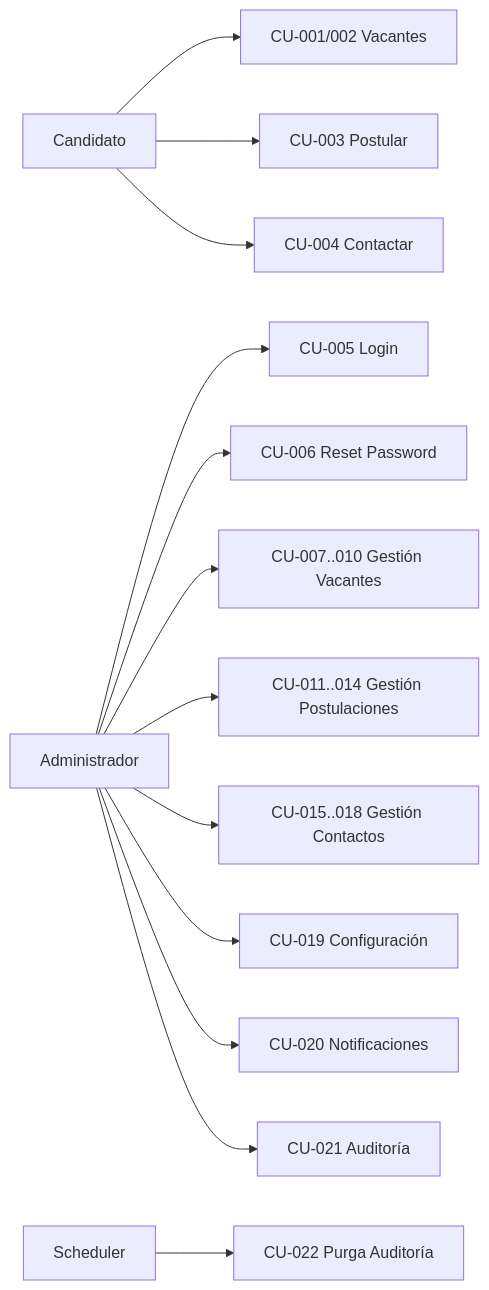
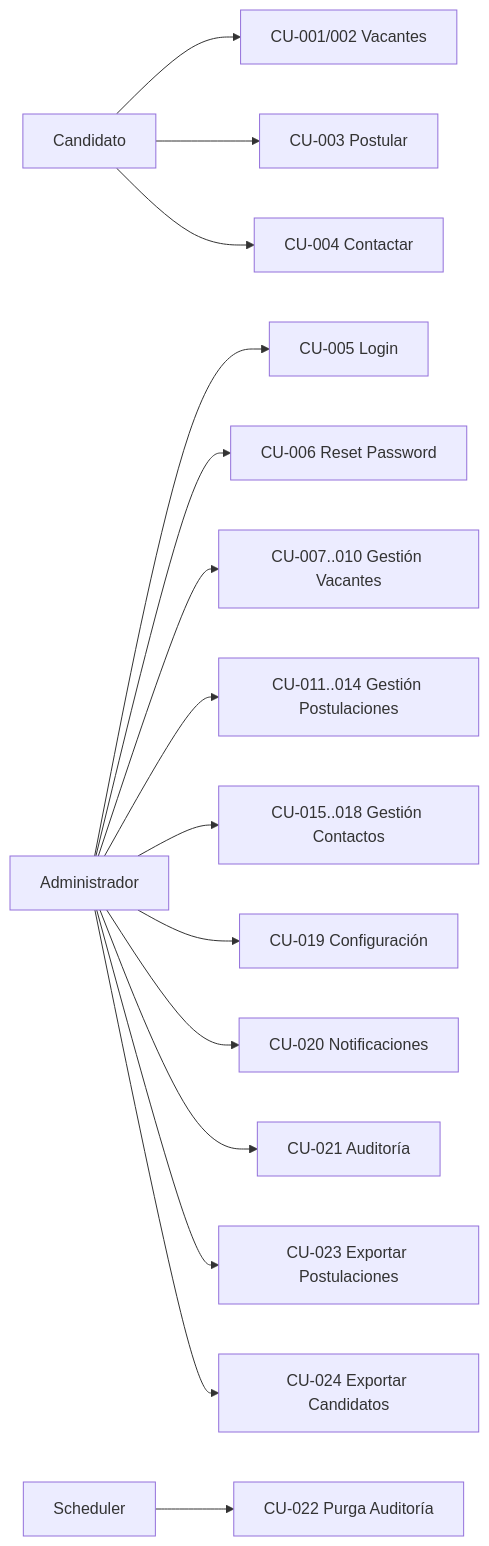
One commit to MaxiPerlo15/spa-rrhh changed the diagram in docs/academic/05-CASOS-DE-USO.md. Above: the diagram before and after it, drawn with Mermaid. The commit also changed other lines of this file and 391 other files, not shown here.

````diff
--- a/docs/academic/05-CASOS-DE-USO.md
+++ b/docs/academic/05-CASOS-DE-USO.md
@@ -32,17 +34,19 @@
 ```mermaid
 flowchart LR
   C[Candidato] --> CU1[CU-001/002 Vacantes]
   C --> CU3[CU-003 Postular]
   C --> CU4[CU-004 Contactar]
 
   A[Administrador] --> CU5[CU-005 Login]
   A --> CU6[CU-006 Reset Password]
   A --> CU7[CU-007..010 Gestión Vacantes]
   A --> CU11[CU-011..014 Gestión Postulaciones]
   A --> CU15[CU-015..018 Gestión Contactos]
   A --> CU19[CU-019 Configuración]
   A --> CU20[CU-020 Notificaciones]
   A --> CU21[CU-021 Auditoría]
+  A --> CU23[CU-023 Exportar Postulaciones]
+  A --> CU24[CU-024 Exportar Candidatos]
 
   CRON[Scheduler] --> CU22[CU-022 Purga Auditoría]
 ```
````
